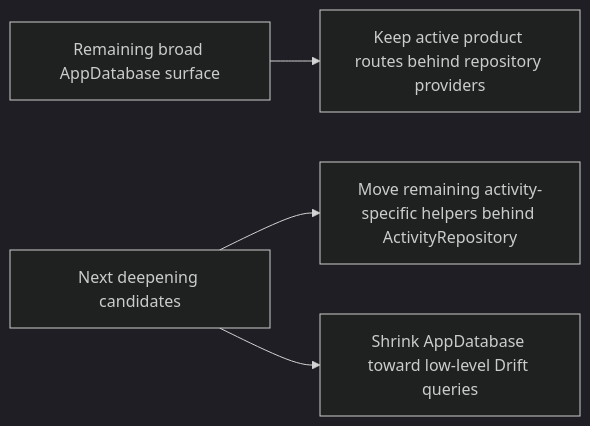
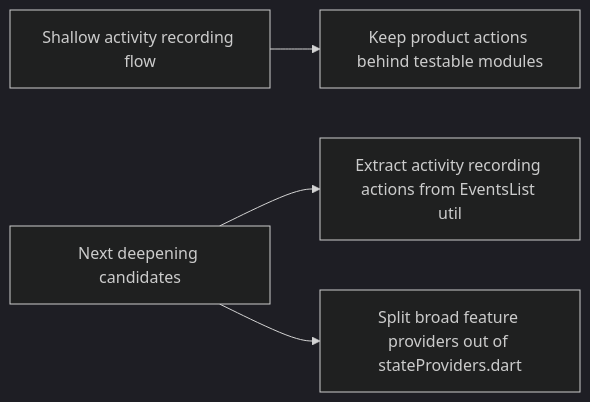
Before and after one commit to Guoyuer/eventTracker: the fifth of 5 diagrams in docs/architecture/module-flow.md, drawn with Mermaid (dark theme). The commit also changed other lines of this file and 10 other files, not shown here.

Commit message:
Move activity helpers out of app database

````diff
--- a/docs/architecture/module-flow.md
+++ b/docs/architecture/module-flow.md
@@ -116,9 +119,9 @@
 ```mermaid
 flowchart LR
-  DirectDB["Remaining broad AppDatabase surface"]
-  DirectDB --> Persistence["Keep active product routes behind repository providers"]
+  RecordingFlow["Shallow activity recording flow"]
+  RecordingFlow --> Persistence["Keep product actions behind testable modules"]
 
   Next["Next deepening candidates"]
-  Next --> Helpers["Move remaining activity-specific helpers behind ActivityRepository"]
-  Next --> Queries["Shrink AppDatabase toward low-level Drift queries"]
+  Next --> Recording["Extract activity recording actions from EventsList util"]
+  Next --> Providers["Split broad feature providers out of stateProviders.dart"]
 ```
````
